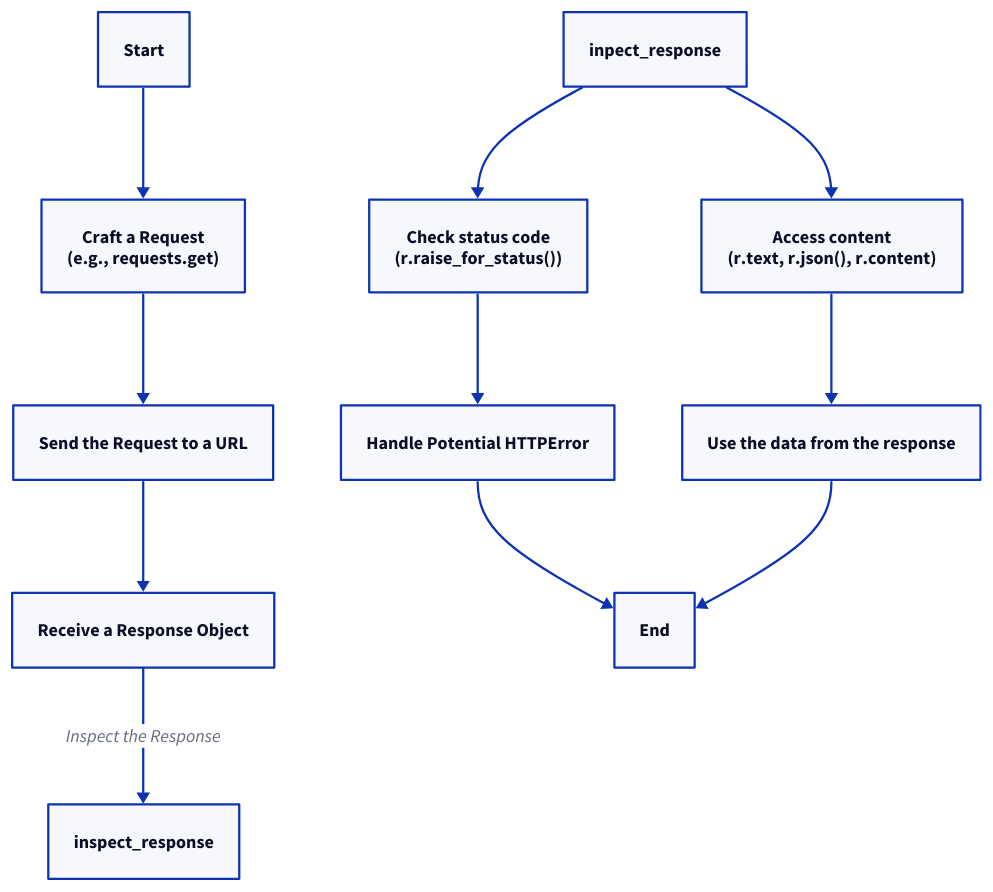
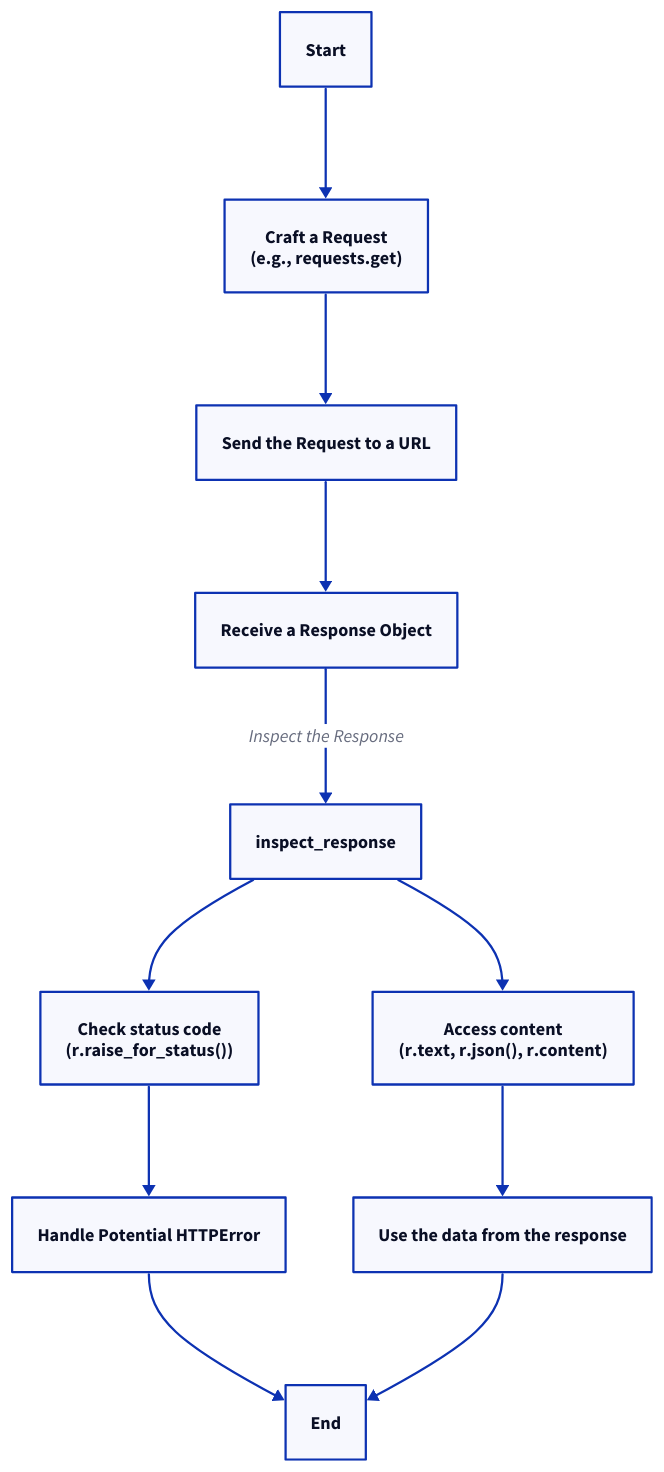
Before and after one commit to lban2049/requests: the diagram in .aigne/doc-smith/docs/user-guide.md, drawn with D2. The commit also changed 31 other files, not shown here.

````diff
--- a/.aigne/doc-smith/docs/user-guide.md
+++ b/.aigne/doc-smith/docs/user-guide.md
@@ -11,11 +11,11 @@
 ```d2
 direction: down
 
 "Start" -> "Craft a Request\n(e.g., requests.get)"
 "Craft a Request\n(e.g., requests.get)" -> "Send the Request to a URL"
 "Send the Request to a URL" -> "Receive a Response Object"
 "Receive a Response Object" -> inspect_response: "Inspect the Response"
 
-inpect_response -> "Check status code\n(r.raise_for_status())" -> "Handle Potential HTTPError" -> "End"
-inpect_response -> "Access content\n(r.text, r.json(), r.content)" -> "Use the data from the response" -> "End"
+inspect_response -> "Check status code\n(r.raise_for_status())" -> "Handle Potential HTTPError" -> "End"
+inspect_response -> "Access content\n(r.text, r.json(), r.content)" -> "Use the data from the response" -> "End"
 ```
````
